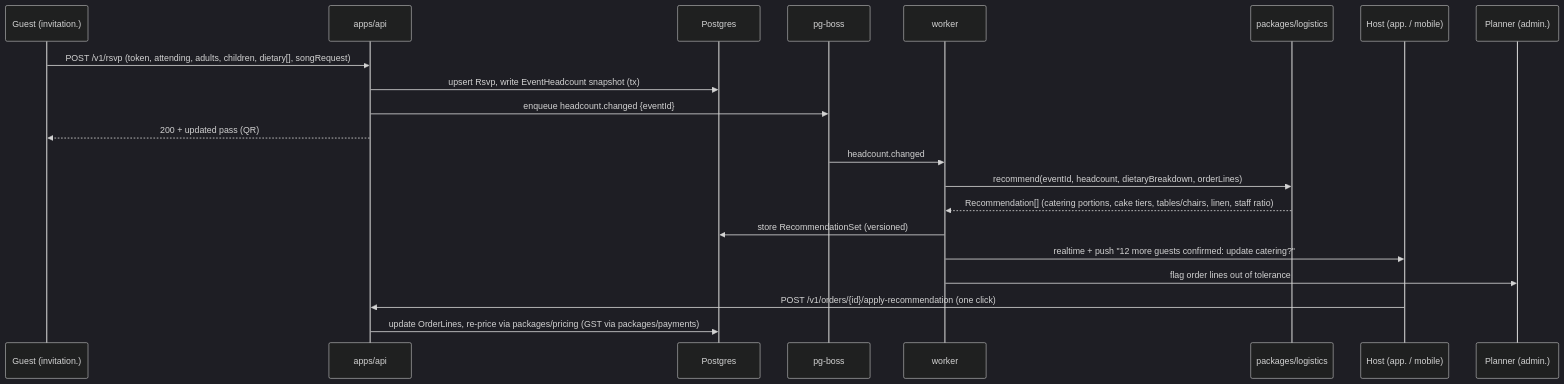
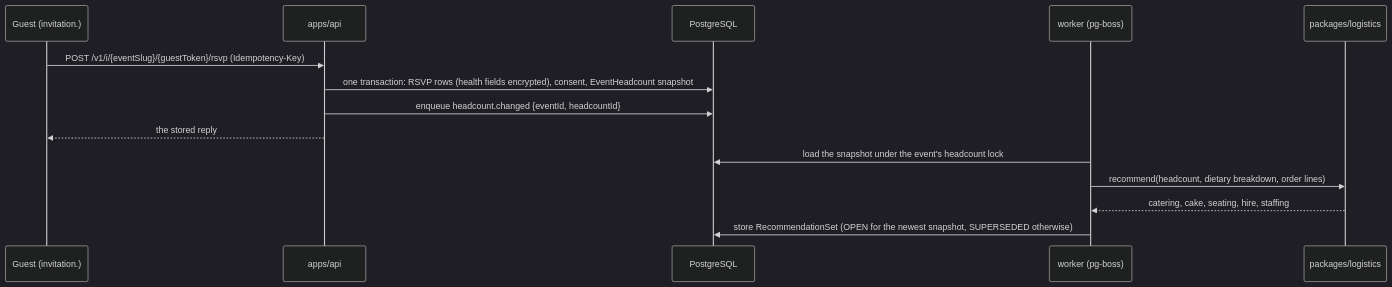
The second of 2 diagrams in ARCHITECTURE.md (Sadramst/managevent), drawn with Mermaid (dark theme) before and after one commit. The commit also changed other lines of this file and 178 other files, not shown here.

````diff
--- a/ARCHITECTURE.md
+++ b/ARCHITECTURE.md
@@ -116,24 +100,17 @@
 ```mermaid
 sequenceDiagram
   participant G as Guest (invitation.)
   participant API as apps/api
-  participant DB as Postgres
-  participant Q as pg-boss
-  participant W as worker
+  participant DB as PostgreSQL
+  participant W as worker (pg-boss)
   participant LOG as packages/logistics
-  participant H as Host (app. / mobile)
-  participant PL as Planner (admin.)
 
-  G->>API: POST /v1/rsvp (token, attending, adults, children, dietary[], songRequest)
-  API->>DB: upsert Rsvp, write EventHeadcount snapshot (tx)
-  API->>Q: enqueue headcount.changed {eventId}
-  API-->>G: 200 + updated pass (QR)
-  Q->>W: headcount.changed
-  W->>LOG: recommend(eventId, headcount, dietaryBreakdown, orderLines)
-  LOG-->>W: Recommendation[] (catering portions, cake tiers, tables/chairs, linen, staff ratio)
-  W->>DB: store RecommendationSet (versioned)
-  W->>H: realtime + push "12 more guests confirmed: update catering?"
-  W->>PL: flag order lines out of tolerance
-  H->>API: POST /v1/orders/{id}/apply-recommendation (one click)
-  API->>DB: update OrderLines, re-price via packages/pricing (GST via packages/payments)
+  G->>API: POST /v1/i/{eventSlug}/{guestToken}/rsvp (Idempotency-Key)
+  API->>DB: one transaction: RSVP rows (health fields encrypted), consent, EventHeadcount snapshot
+  API->>DB: enqueue headcount.changed {eventId, headcountId}
+  API-->>G: the stored reply
+  W->>DB: load the snapshot under the event's headcount lock
+  W->>LOG: recommend(headcount, dietary breakdown, order lines)
+  LOG-->>W: catering, cake, seating, hire, staffing
+  W->>DB: store RecommendationSet (OPEN for the newest snapshot, SUPERSEDED otherwise)
 ```
````
